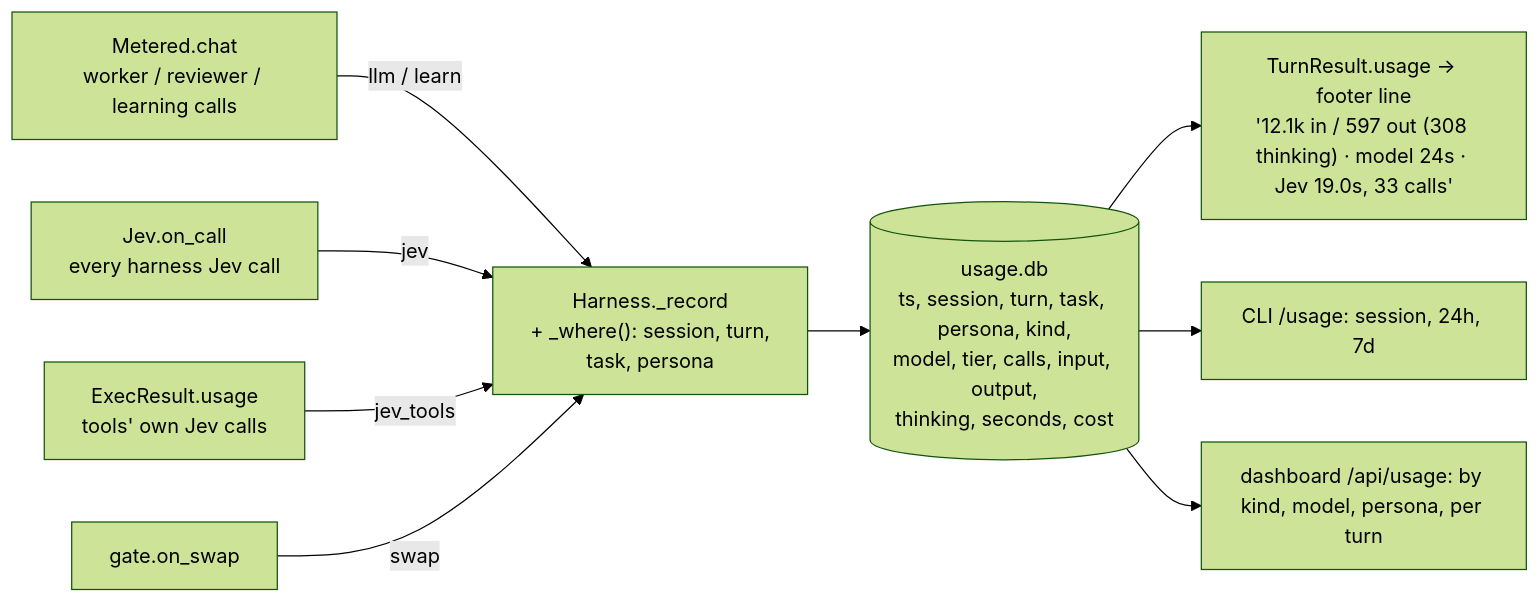
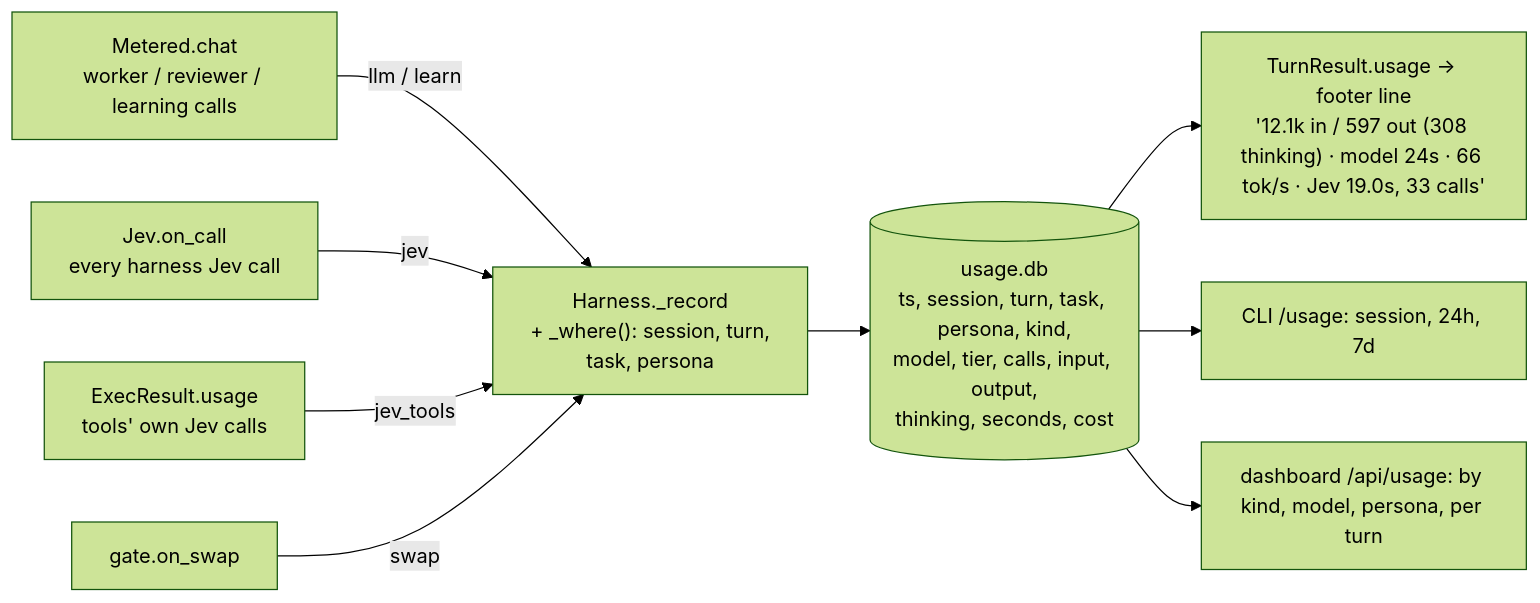
Before and after one commit to slumpsod/jev-harness: the third of 3 diagrams in docs/architecture/10-observability.md, drawn with Mermaid (forest theme). The commit also changed other lines of this file and 12 other files, not shown here.

First line of the commit message:
Resume a past session from the History tab, and tokens per second (footer, live, timeline)

````diff
--- a/docs/architecture/10-observability.md
+++ b/docs/architecture/10-observability.md
@@ -99,11 +99,11 @@
 ```mermaid
 flowchart LR
   A["Metered.chat<br/>worker / reviewer / learning calls"] -- "llm / learn" --> R["Harness._record<br/>+ _where(): session, turn,<br/>task, persona"]
   B["Jev.on_call<br/>every harness Jev call"] -- "jev" --> R
   C["ExecResult.usage<br/>tools' own Jev calls"] -- "jev_tools" --> R
   D["gate.on_swap"] -- "swap" --> R
   R --> DB[("usage.db<br/>ts, session, turn, task, persona, kind,<br/>model, tier, calls, input, output,<br/>thinking, seconds, cost")]
-  DB --> S1["TurnResult.usage → footer line<br/>'12.1k in / 597 out (308 thinking) · model 24s · Jev 19.0s, 33 calls'"]
+  DB --> S1["TurnResult.usage → footer line<br/>'12.1k in / 597 out (308 thinking) · model 24s · 66 tok/s · Jev 19.0s, 33 calls'"]
   DB --> S2["CLI /usage: session, 24h, 7d"]
   DB --> S3["dashboard /api/usage: by kind, model, persona, per turn"]
 ```
````
